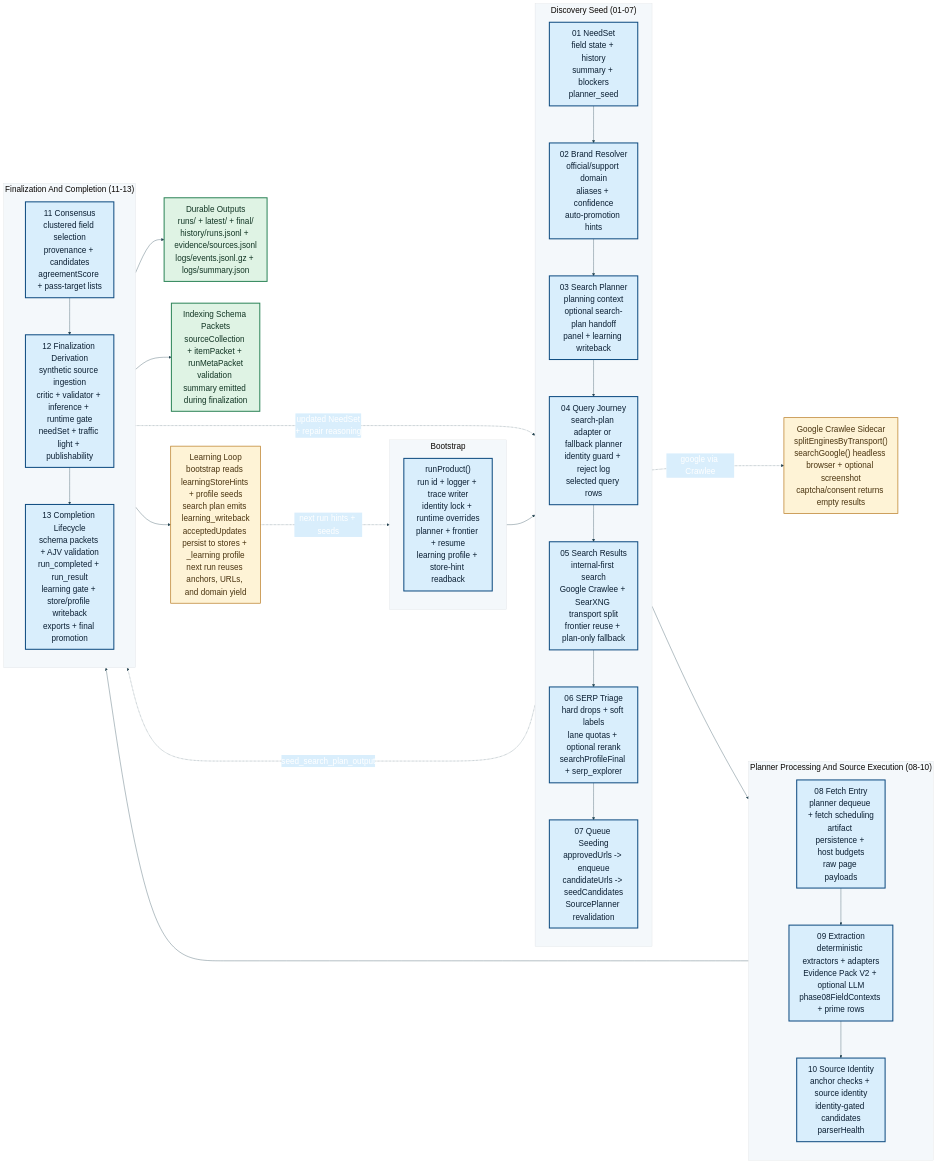
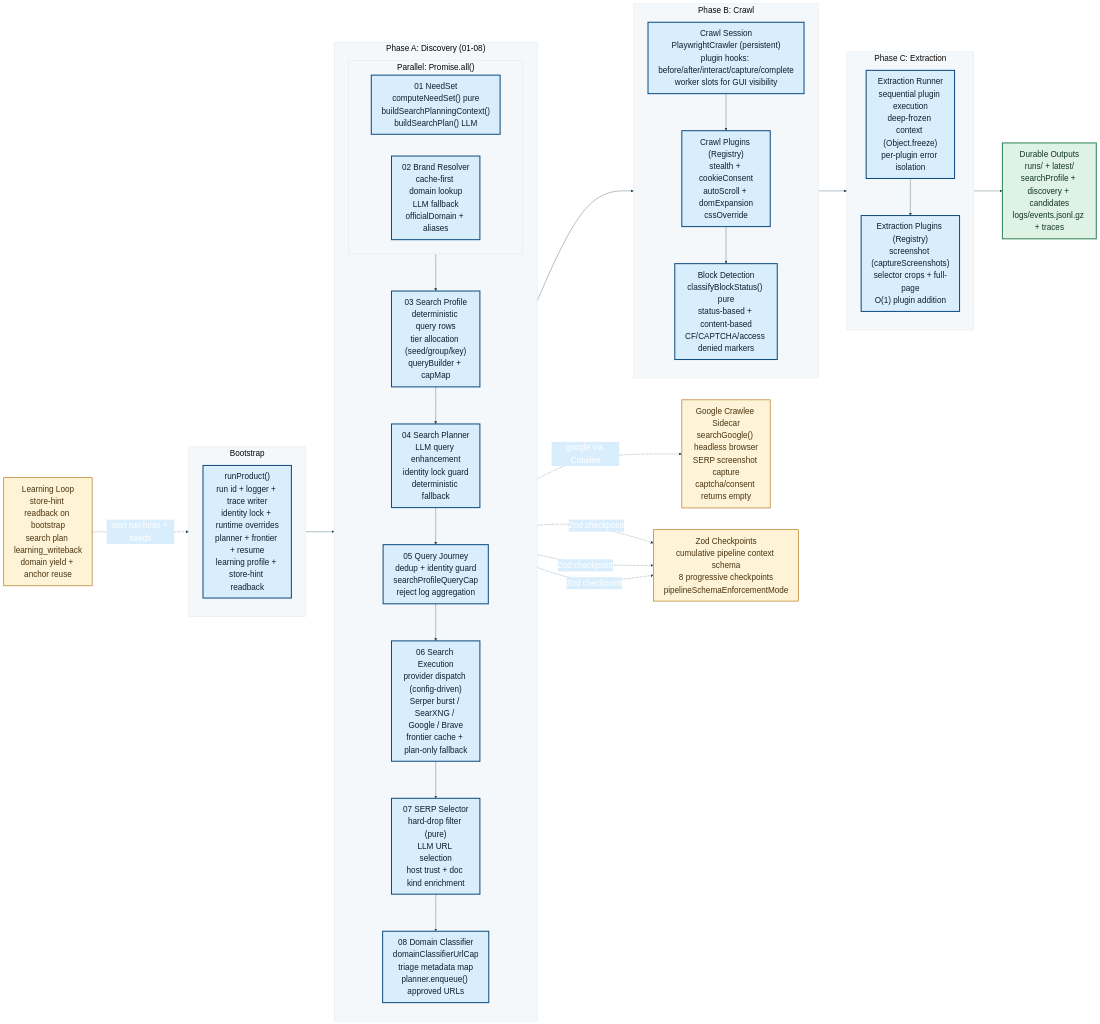
The diagram in docs/implementation/ai-indexing-plans/pipeline/FULL-PIPELINE-START-TO-FINISH.mmd (CdubVentures/Spec-Factory), drawn with Mermaid before and after one commit. The commit also changed 94 other files, not shown here.

```diff
--- a/docs/implementation/ai-indexing-plans/pipeline/FULL-PIPELINE-START-TO-FINISH.mmd
+++ b/docs/implementation/ai-indexing-plans/pipeline/FULL-PIPELINE-START-TO-FINISH.mmd
@@ -1,59 +1,64 @@
 %%{init: {'theme': 'base', 'themeVariables': { 'fontFamily': 'Segoe UI', 'fontSize': '24px', 'primaryColor': '#0f4c81', 'primaryTextColor': '#ffffff', 'primaryBorderColor': '#0a3558', 'secondaryColor': '#d9eefc', 'tertiaryColor': '#f4f8fb', 'lineColor': '#264653' }, 'flowchart': { 'curve': 'basis', 'nodeSpacing': 64, 'rankSpacing': 84 } }}%%
 
 flowchart LR
     subgraph BOOT["Bootstrap"]
         direction TB
         B0["runProduct()<br/>run id + logger + trace writer<br/>identity lock + runtime overrides<br/>planner + frontier + resume<br/>learning profile + store-hint readback"]
     end
 
-    subgraph DISCOVERY["Discovery Seed (01-07)"]
+    subgraph DISCOVERY["Phase A: Discovery (01-08)"]
         direction TB
-        S01["01 NeedSet<br/>field state + history<br/>summary + blockers<br/>planner_seed"]
-        S02["02 Brand Resolver<br/>official/support domain<br/>aliases + confidence<br/>auto-promotion hints"]
-        S03["03 Search Planner<br/>planning context<br/>optional search-plan handoff<br/>panel + learning writeback"]
-        S04["04 Query Journey<br/>search-plan adapter or fallback planner<br/>identity guard + reject log<br/>selected query rows"]
-        S05["05 Search Results<br/>internal-first search<br/>Google Crawlee + SearXNG transport split<br/>frontier reuse + plan-only fallback"]
-        S06["06 SERP Triage<br/>hard drops + soft labels<br/>lane quotas + optional rerank<br/>searchProfileFinal + serp_explorer"]
-        S07["07 Queue Seeding<br/>approvedUrls -> enqueue<br/>candidateUrls -> seedCandidates<br/>SourcePlanner revalidation"]
-        S01 --> S02 --> S03 --> S04 --> S05 --> S06 --> S07
+        subgraph PARALLEL["Parallel: Promise.all()"]
+            direction LR
+            S01["01 NeedSet<br/>computeNeedSet() pure<br/>buildSearchPlanningContext()<br/>buildSearchPlan() LLM"]
+            S02["02 Brand Resolver<br/>cache-first domain lookup<br/>LLM fallback<br/>officialDomain + aliases"]
+        end
+        S03["03 Search Profile<br/>deterministic query rows<br/>tier allocation (seed/group/key)<br/>queryBuilder + capMap"]
+        S04["04 Search Planner<br/>LLM query enhancement<br/>identity lock guard<br/>deterministic fallback"]
+        S05["05 Query Journey<br/>dedup + identity guard<br/>searchProfileQueryCap<br/>reject log aggregation"]
+        S06["06 Search Execution<br/>provider dispatch (config-driven)<br/>Serper burst / SearXNG / Google / Brave<br/>frontier cache + plan-only fallback"]
+        S07["07 SERP Selector<br/>hard-drop filter (pure)<br/>LLM URL selection<br/>host trust + doc kind enrichment"]
+        S08["08 Domain Classifier<br/>domainClassifierUrlCap<br/>triage metadata map<br/>planner.enqueue() approved URLs"]
+
+        PARALLEL --> S03 --> S04 --> S05 --> S06 --> S07 --> S08
     end
 
-    subgraph EXEC["Planner Processing And Source Execution (08-10)"]
+    subgraph CRAWL["Phase B: Crawl"]
         direction TB
-        S08["08 Fetch Entry<br/>planner dequeue + fetch scheduling<br/>artifact persistence + host budgets<br/>raw page payloads"]
-        S09["09 Extraction<br/>deterministic extractors + adapters<br/>Evidence Pack V2 + optional LLM<br/>phase08FieldContexts + prime rows"]
-        S10["10 Source Identity<br/>anchor checks + source identity<br/>identity-gated candidates<br/>parserHealth"]
-        S08 --> S09 --> S10
+        C01["Crawl Session<br/>PlaywrightCrawler (persistent)<br/>plugin hooks: before/after/interact/capture/complete<br/>worker slots for GUI visibility"]
+        C02["Crawl Plugins (Registry)<br/>stealth + cookieConsent<br/>autoScroll + domExpansion<br/>cssOverride"]
+        C03["Block Detection<br/>classifyBlockStatus() pure<br/>status-based + content-based<br/>CF/CAPTCHA/access denied markers"]
+        C01 --> C02 --> C03
     end
 
-    subgraph FINALIZE["Finalization And Completion (11-13)"]
+    subgraph EXTRACT["Phase C: Extraction"]
         direction TB
-        S11["11 Consensus<br/>clustered field selection<br/>provenance + candidates<br/>agreementScore + pass-target lists"]
-        S12["12 Finalization Derivation<br/>synthetic source ingestion<br/>critic + validator + inference + runtime gate<br/>needSet + traffic light + publishability"]
-        S13["13 Completion Lifecycle<br/>schema packets + AJV validation<br/>run_completed + run_result<br/>learning gate + store/profile writeback<br/>exports + final promotion"]
-        S11 --> S12 --> S13
+        E01["Extraction Runner<br/>sequential plugin execution<br/>deep-frozen context (Object.freeze)<br/>per-plugin error isolation"]
+        E02["Extraction Plugins (Registry)<br/>screenshot (captureScreenshots)<br/>selector crops + full-page<br/>O(1) plugin addition"]
+        E01 --> E02
     end
 
-    ART["Durable Outputs<br/>runs/ + latest/ + final/<br/>history/runs.jsonl + evidence/sources.jsonl<br/>logs/events.jsonl.gz + logs/summary.json"]
-    SCHEMA["Indexing Schema Packets<br/>sourceCollection + itemPacket + runMetaPacket<br/>validation summary emitted during finalization"]
-    GOOGLE["Google Crawlee Sidecar<br/>splitEnginesByTransport()<br/>searchGoogle() headless browser + optional screenshot<br/>captcha/consent returns empty results"]
-    LEARN["Learning Loop<br/>bootstrap reads learningStoreHints + profile seeds<br/>search plan emits learning_writeback<br/>acceptedUpdates persist to stores + _learning profile<br/>next run reuses anchors, URLs, and domain yield"]
+    ART["Durable Outputs<br/>runs/ + latest/<br/>searchProfile + discovery + candidates<br/>logs/events.jsonl.gz + traces"]
+    GOOGLE["Google Crawlee Sidecar<br/>searchGoogle() headless browser<br/>SERP screenshot capture<br/>captcha/consent returns empty"]
+    LEARN["Learning Loop<br/>store-hint readback on bootstrap<br/>search plan learning_writeback<br/>domain yield + anchor reuse"]
+    ZOD["Zod Checkpoints<br/>cumulative pipeline context schema<br/>8 progressive checkpoints<br/>pipelineSchemaEnforcementMode"]
 
     B0 --> DISCOVERY
-    S07 --> EXEC
-    S10 --> FINALIZE
-    S05 -.->|google via Crawlee| GOOGLE
-    S03 -.->|seed_search_plan_output| S12
-    S12 -.->|"updated NeedSet<br/>+ repair reasoning"| S01
-    S13 --> ART
-    S13 --> SCHEMA
-    S13 --> LEARN
+    S08 --> CRAWL
+    C03 --> EXTRACT
+    S06 -.->|google via Crawlee| GOOGLE
+    E02 --> ART
     LEARN -.->|next run hints + seeds| B0
+
+    PARALLEL -.->|Zod checkpoint| ZOD
+    S05 -.->|Zod checkpoint| ZOD
+    S07 -.->|Zod checkpoint| ZOD
 
     classDef phase fill:#d9eefc,stroke:#0f4c81,stroke-width:3px,color:#0b1f33
     classDef durable fill:#dff3e4,stroke:#2f855a,stroke-width:3px,color:#123524
     classDef sidecar fill:#fef3d6,stroke:#b7791f,stroke-width:2px,color:#4a3410
+    classDef parallel fill:#e8f4fd,stroke:#0f4c81,stroke-width:2px,color:#0b1f33
 
-    class B0,S01,S02,S03,S04,S05,S06,S07,S08,S09,S10,S11,S12,S13 phase
-    class ART,SCHEMA durable
-    class GOOGLE,LEARN sidecar
+    class B0,S01,S02,S03,S04,S05,S06,S07,S08,C01,C02,C03,E01,E02 phase
+    class ART durable
+    class GOOGLE,LEARN,ZOD sidecar
```
